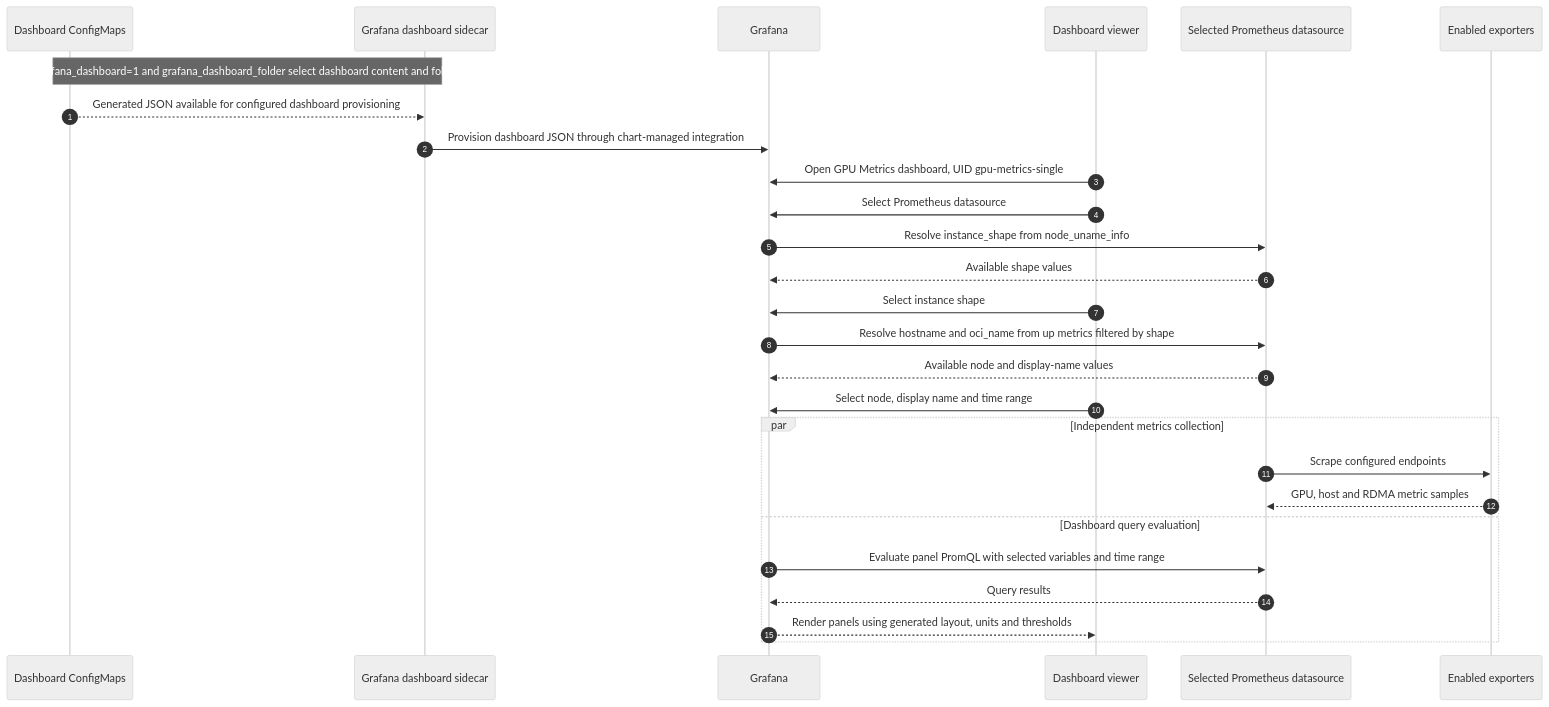
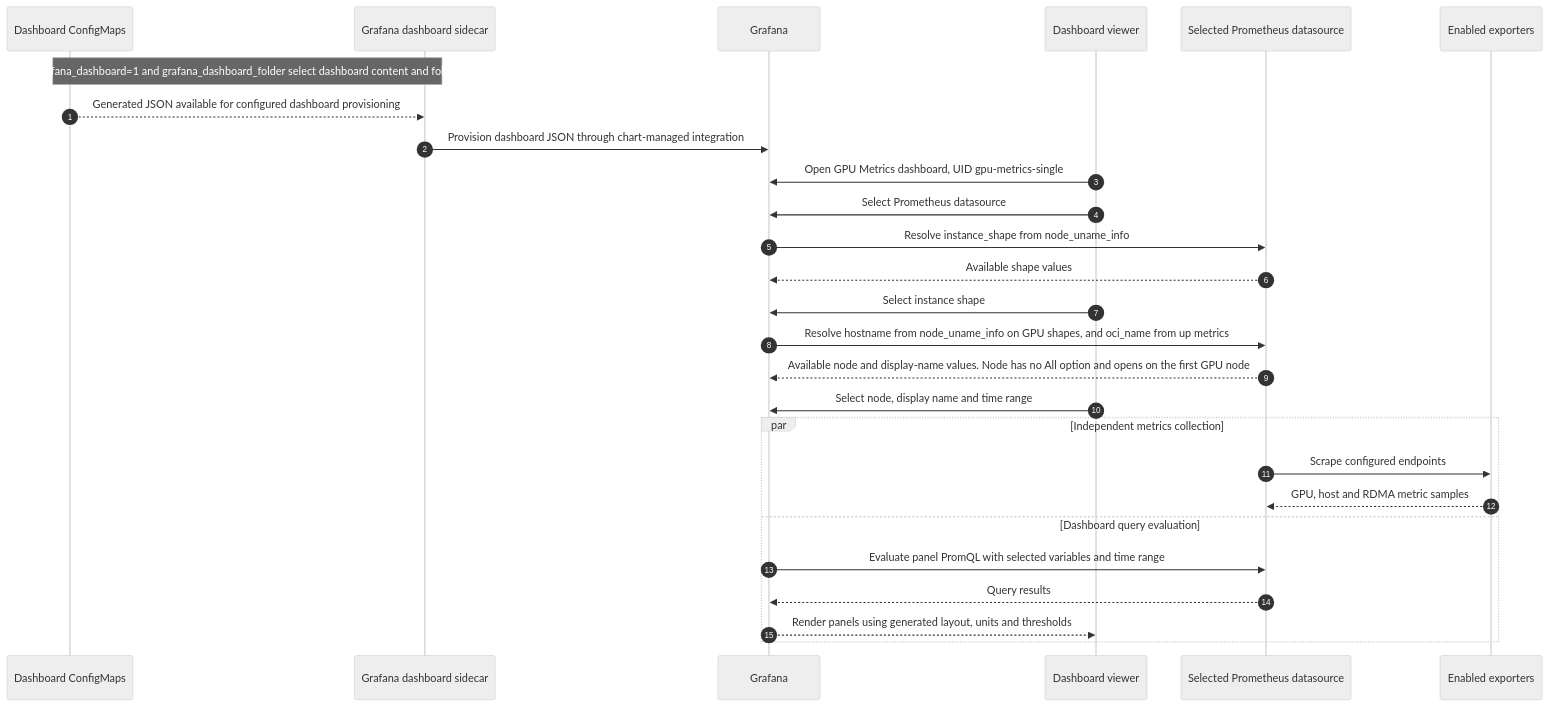
Before and after one commit to oracle-quickstart/oci-hpc-oke: the tenth of 12 diagrams in docs/architecture-sequence-diagram.md, drawn with Mermaid (neutral theme). The commit also changed other lines of this file and 51 other files, not shown here.

````diff
--- a/docs/architecture-sequence-diagram.md
+++ b/docs/architecture-sequence-diagram.md
@@ -442,30 +442,30 @@
 ```mermaid
 sequenceDiagram
     autonumber
     participant API as Dashboard ConfigMaps
     participant Sidecar as Grafana dashboard sidecar
     participant Grafana as Grafana
     participant User as Dashboard viewer
     participant Prom as Selected Prometheus datasource
     participant Exporters as Enabled exporters
 
     Note over API,Sidecar: grafana_dashboard=1 and grafana_dashboard_folder select dashboard content and folder
     API-->>Sidecar: Generated JSON available for configured dashboard provisioning
     Sidecar->>Grafana: Provision dashboard JSON through chart-managed integration
     User->>Grafana: Open GPU Metrics dashboard, UID gpu-metrics-single
     User->>Grafana: Select Prometheus datasource
     Grafana->>Prom: Resolve instance_shape from node_uname_info
     Prom-->>Grafana: Available shape values
     User->>Grafana: Select instance shape
-    Grafana->>Prom: Resolve hostname and oci_name from up metrics filtered by shape
-    Prom-->>Grafana: Available node and display-name values
+    Grafana->>Prom: Resolve hostname from node_uname_info on GPU shapes, and oci_name from up metrics
+    Prom-->>Grafana: Available node and display-name values. Node has no All option and opens on the first GPU node
     User->>Grafana: Select node, display name and time range
     par Independent metrics collection
         Prom->>Exporters: Scrape configured endpoints
         Exporters-->>Prom: GPU, host and RDMA metric samples
     and Dashboard query evaluation
         Grafana->>Prom: Evaluate panel PromQL with selected variables and time range
         Prom-->>Grafana: Query results
         Grafana-->>User: Render panels using generated layout, units and thresholds
     end
 ```
````
